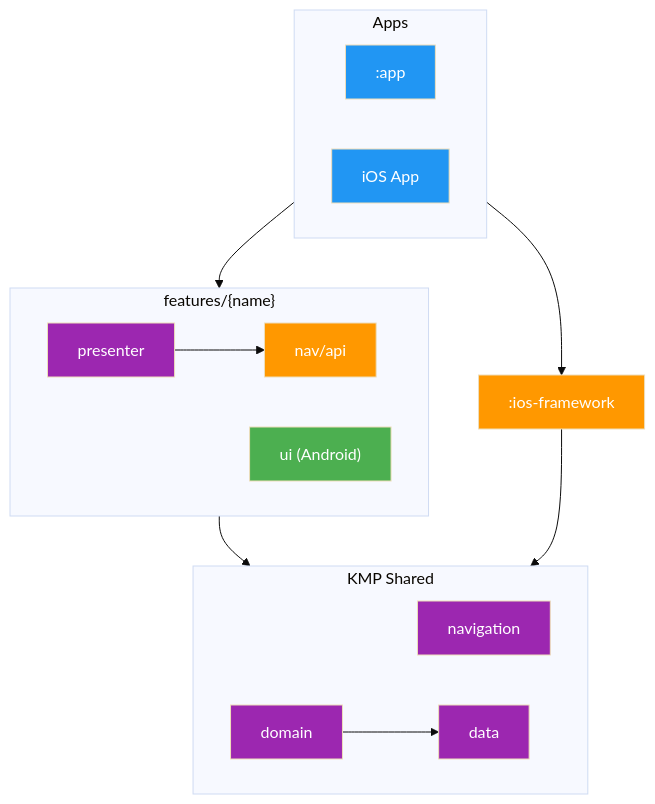
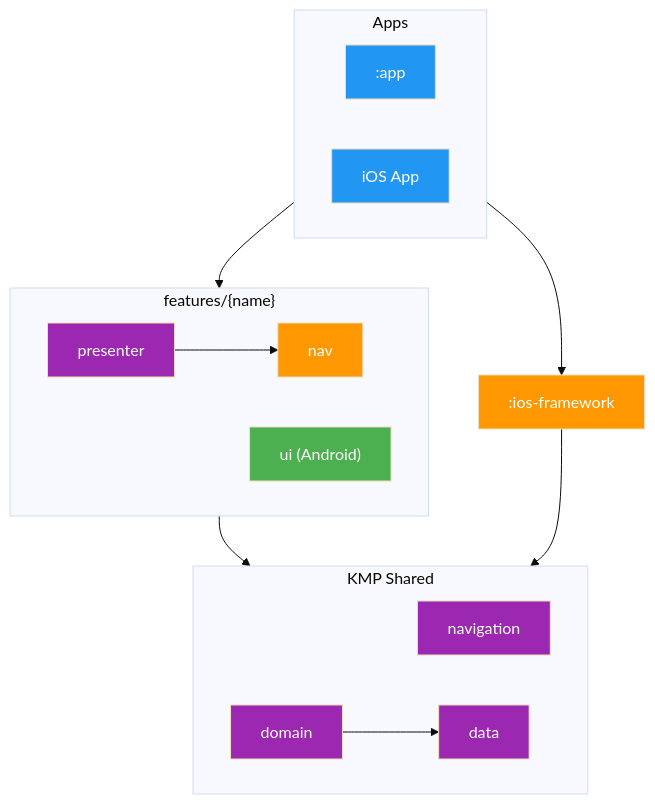
One commit to thomaskioko/tv-maniac changed the diagram in docs/architecture/modularization.md. Above: the diagram before and after it, drawn with Mermaid (base theme). The commit also changed other lines of this file and 77 other files, not shown here.

````diff
--- a/docs/architecture/modularization.md
+++ b/docs/architecture/modularization.md
@@ -26,41 +26,41 @@
 ```mermaid
 graph TD
     subgraph Apps["Apps"]
         direction LR
         ANDROID[":app"]
         IOSAPP["iOS App"]
     end
 
     IOSFW[":ios-framework"]
 
     subgraph Features["features/{name}"]
         direction LR
         FP["presenter"]
         FU["ui (Android)"]
-        FN["nav/api"]
+        FN["nav"]
         FP --> FN
     end
 
     subgraph Shared["KMP Shared"]
         direction LR
         NAV["navigation"]
         DOM["domain"]
         DATA["data"]
         DOM --> DATA
     end
 
     ANDROID --> Features
     Features --> Shared
     IOSAPP --> IOSFW
     IOSFW --> Shared
 
     style ANDROID fill:#2196F3,color:#fff
     style IOSAPP fill:#2196F3,color:#fff
     style FP fill:#9C27B0,color:#fff
     style FU fill:#4CAF50,color:#fff
     style FN fill:#FF9800,color:#fff
     style IOSFW fill:#FF9800,color:#fff
     style NAV fill:#9C27B0,color:#fff
     style DOM fill:#9C27B0,color:#fff
     style DATA fill:#9C27B0,color:#fff
 ```
````
